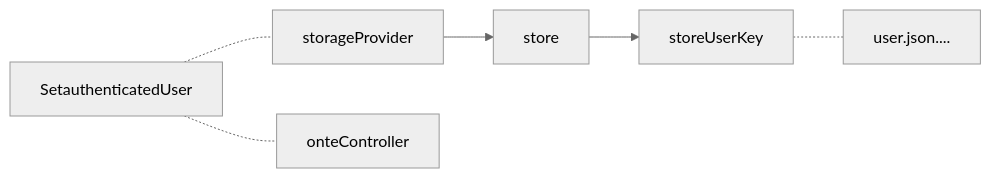
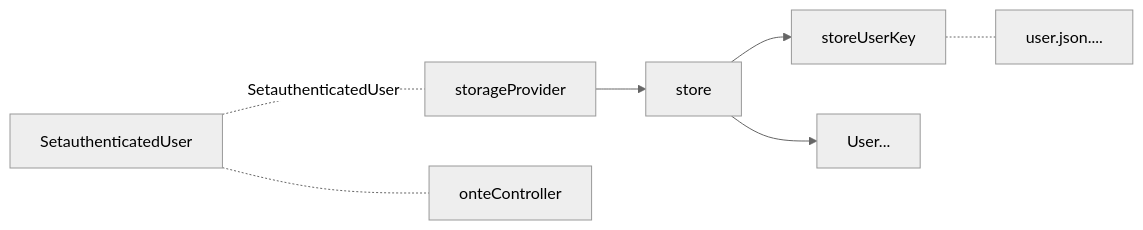
One commit to gordianknotC/nxp_note changed the fourth of 6 diagrams in newage/astro.md. Above: the diagram before and after it, drawn with Mermaid (neutral theme). The commit also changed other lines of this file, not shown here.

````diff
--- a/newage/astro.md
+++ b/newage/astro.md
@@ -46,8 +46,10 @@
 ```mermaid
 graph LR
 storeUserKey -.- user.json....
+SetauthenticatedUser -.
 SetauthenticatedUser -.- storageProvider
 SetauthenticatedUser -.- onteController
 storageProvider --> store
 store --> storeUserKey
+store --> User...
 ```
````
